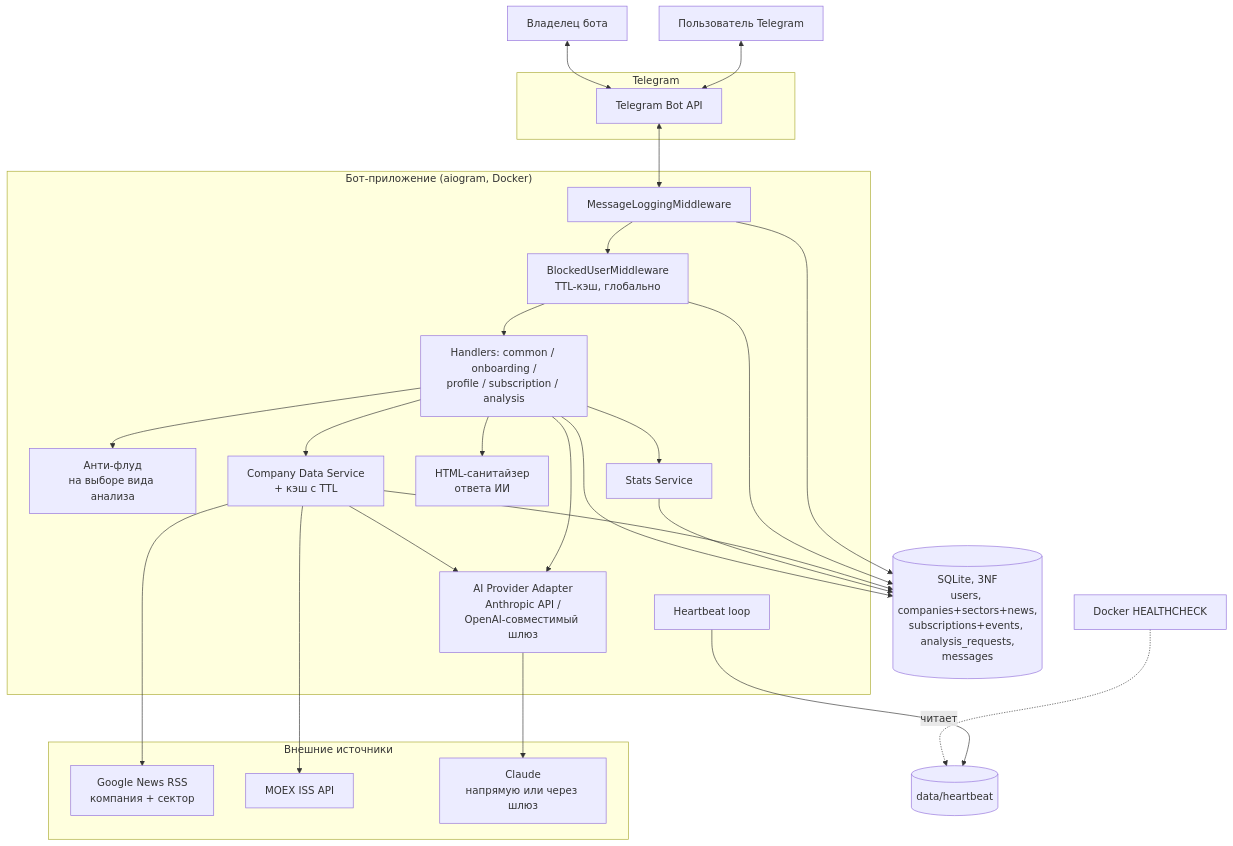
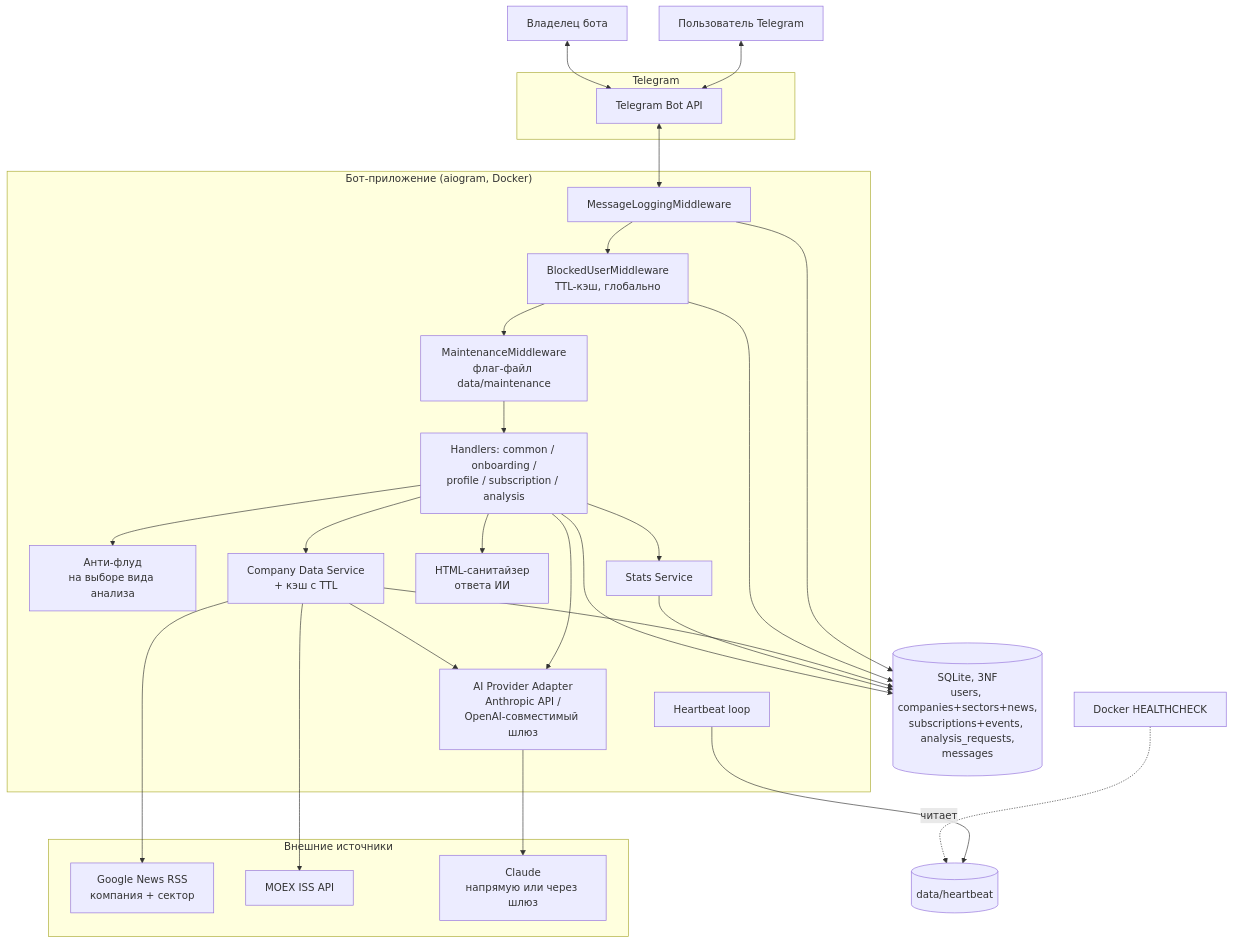
Before and after one commit to keshtoim/analysis_for_invest_bot: the first of 6 diagrams in README.md, drawn with Mermaid. The commit also changed other lines of this file, not shown here.

````diff
--- a/README.md
+++ b/README.md
@@ -96,51 +99,53 @@
 ```mermaid
 graph TD
     U[Пользователь Telegram]
     OWNER[Владелец бота]
 
     subgraph TG["Telegram"]
         API[Telegram Bot API]
     end
 
     subgraph APP["Бот-приложение (aiogram, Docker)"]
         ML[MessageLoggingMiddleware]
         BM[BlockedUserMiddleware<br/>TTL-кэш, глобально]
+        MM[MaintenanceMiddleware<br/>флаг-файл data/maintenance]
         H[Handlers: common / onboarding /<br/>profile / subscription / analysis]
         AF[Анти-флуд<br/>на выборе вида анализа]
         CDS[Company Data Service<br/>+ кэш с TTL]
         AIP[AI Provider Adapter<br/>Anthropic API /<br/>OpenAI-совместимый шлюз]
         SAN[HTML-санитайзер<br/>ответа ИИ]
         STATS[Stats Service]
         HB[Heartbeat loop]
     end
 
     subgraph EXT["Внешние источники"]
         NEWS[Google News RSS<br/>компания + сектор]
         MOEX[MOEX ISS API]
         AI[Claude<br/>напрямую или через шлюз]
     end
 
     DB[(SQLite, 3NF<br/>users, companies+sectors+news,<br/>subscriptions+events, analysis_requests,<br/>messages)]
 
     U <--> API
     OWNER <--> API
     API <--> ML
     ML --> DB
     ML --> BM
-    BM --> H
+    BM --> MM
+    MM --> H
     BM --> DB
     H --> AF
     H --> CDS
     H --> AIP
     H --> SAN
     H --> STATS
     CDS --> NEWS
     CDS --> MOEX
     CDS --> AIP
     AIP --> AI
     CDS --> DB
     STATS --> DB
     H --> DB
     HB --> DB2[(data/heartbeat)]
     HC[Docker HEALTHCHECK] -.читает.-> DB2
 ```
````
